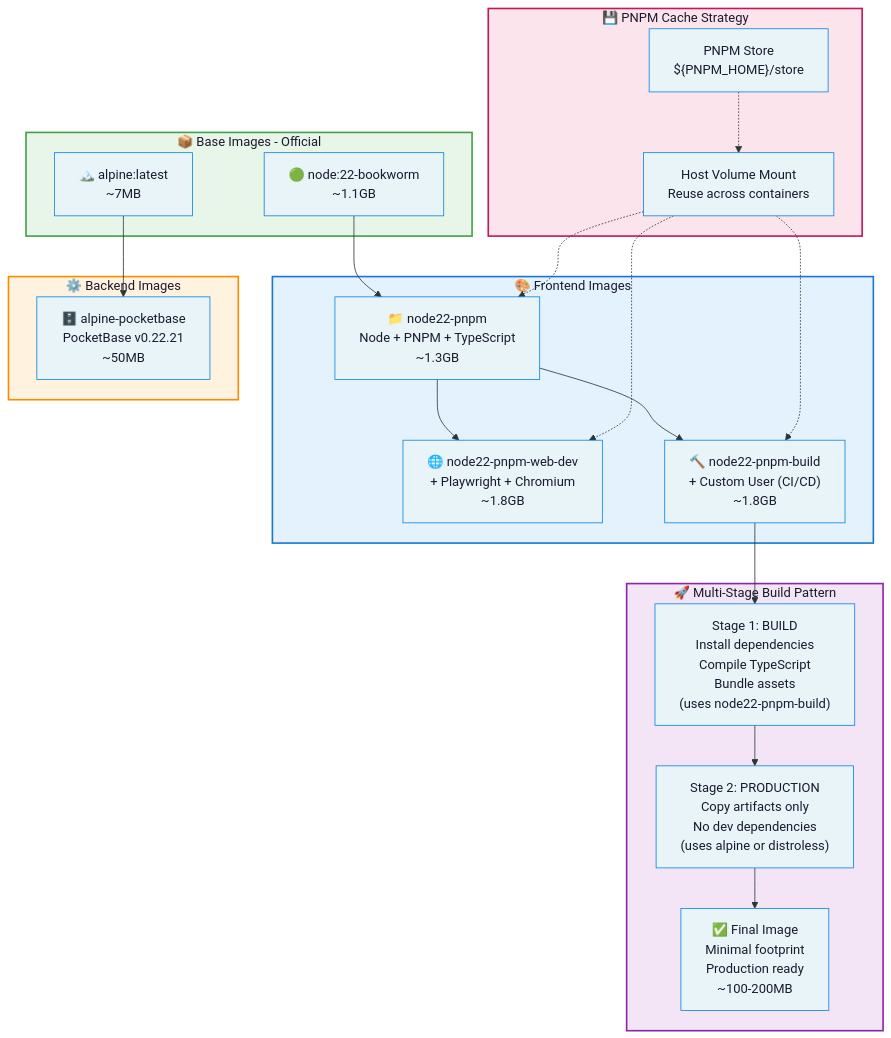
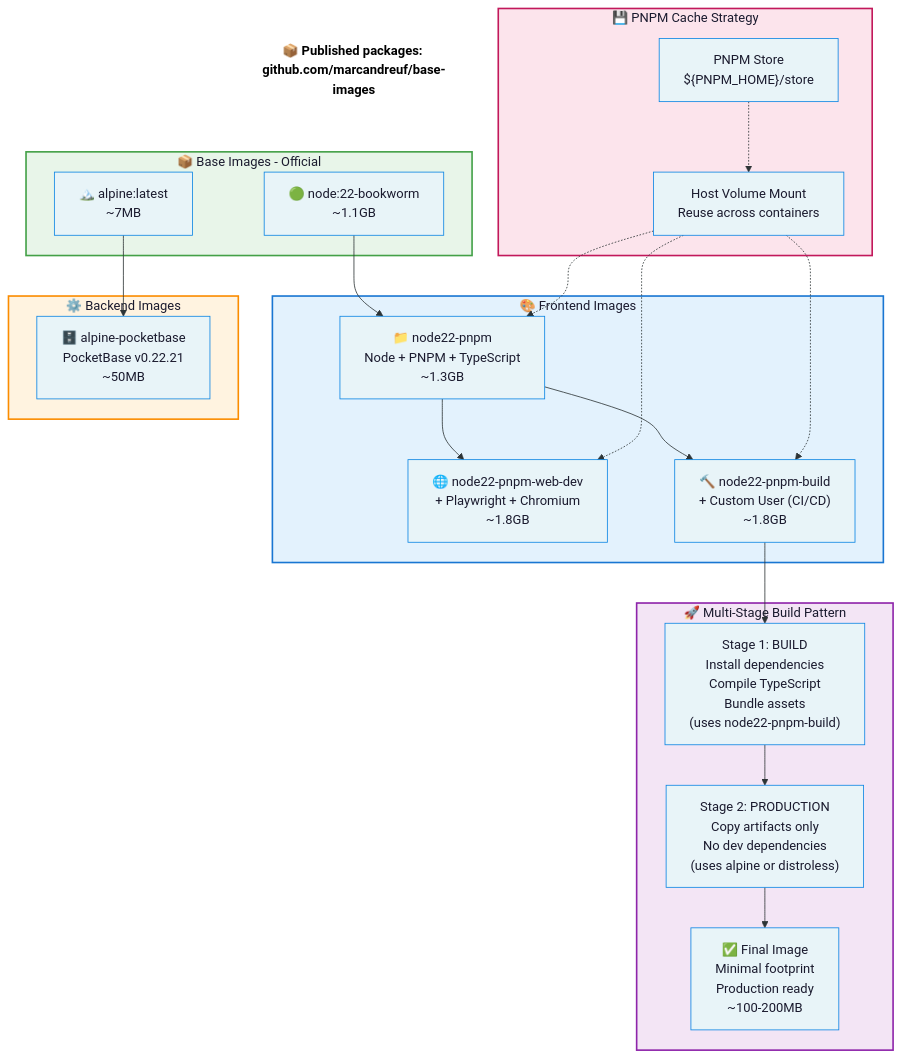
One commit to marcandreuf/base-images changed the diagram in README.md. Above: the diagram before and after it, drawn with Mermaid.

Commit message:
added repo link

````diff
--- a/README.md
+++ b/README.md
@@ -13,49 +13,54 @@
 ```mermaid
 %%{init: {'theme': 'base', 'themeVariables': { 'background': '#ffffff', 'primaryColor': '#e8f4f8', 'primaryTextColor': '#1a1a2e', 'primaryBorderColor': '#0984e3', 'lineColor': '#2d3436', 'secondaryColor': '#dfe6e9', 'tertiaryColor': '#ffeaa7'}}}%%
 flowchart TD
+    RepoLink["📦 Published packages: github.com/marcandreuf/base-images"]
+
+    RepoLink ~~~ BaseImages
+
     subgraph BaseImages["📦 Base Images - Official"]
         NodeBase["🟢 node:22-bookworm\n~1.1GB"]
         AlpineBase["🏔️ alpine:latest\n~7MB"]
     end
 
     subgraph FrontendImages["🎨 Frontend Images"]
         Node22PNPM["📁 node22-pnpm\nNode + PNPM + TypeScript\n~1.3GB"]
         Node22WebDev["🌐 node22-pnpm-web-dev\n+ Playwright + Chromium\n~1.8GB"]
         Node22Build["🔨 node22-pnpm-build\n+ Custom User (CI/CD)\n~1.8GB"]
     end
 
     subgraph BackendImages["⚙️ Backend Images"]
         Pocketbase["🗄️ alpine-pocketbase\nPocketBase v0.22.21\n~50MB"]
     end
 
     subgraph MultiStage["🚀 Multi-Stage Build Pattern"]
         BuildStage["Stage 1: BUILD\nInstall dependencies\nCompile TypeScript\nBundle assets\n(uses node22-pnpm-build)"]
         ProdStage["Stage 2: PRODUCTION\nCopy artifacts only\nNo dev dependencies\n(uses alpine or distroless)"]
         FinalImage["✅ Final Image\nMinimal footprint\nProduction ready\n~100-200MB"]
     end
 
     subgraph CacheStrategy["💾 PNPM Cache Strategy"]
         PNPMStore["PNPM Store\n${PNPM_HOME}/store"]
         SharedCache["Host Volume Mount\nReuse across containers"]
     end
 
     NodeBase --> Node22PNPM
     Node22PNPM --> Node22WebDev
     Node22PNPM --> Node22Build
     AlpineBase --> Pocketbase
 
     Node22Build --> BuildStage
     BuildStage --> ProdStage
     ProdStage --> FinalImage
 
     PNPMStore -.-> SharedCache
     SharedCache -.-> Node22PNPM
     SharedCache -.-> Node22WebDev
     SharedCache -.-> Node22Build
 
     style BaseImages fill:#e8f5e9,stroke:#43a047,stroke-width:2px,color:#1a1a2e
     style FrontendImages fill:#e3f2fd,stroke:#1976d2,stroke-width:2px,color:#1a1a2e
     style BackendImages fill:#fff3e0,stroke:#fb8c00,stroke-width:2px,color:#1a1a2e
     style MultiStage fill:#f3e5f5,stroke:#8e24aa,stroke-width:2px,color:#1a1a2e
     style CacheStrategy fill:#fce4ec,stroke:#c2185b,stroke-width:2px,color:#1a1a2e
+    style RepoLink fill:none,stroke:none,color:#000000,font-weight:bold
 ```
````
